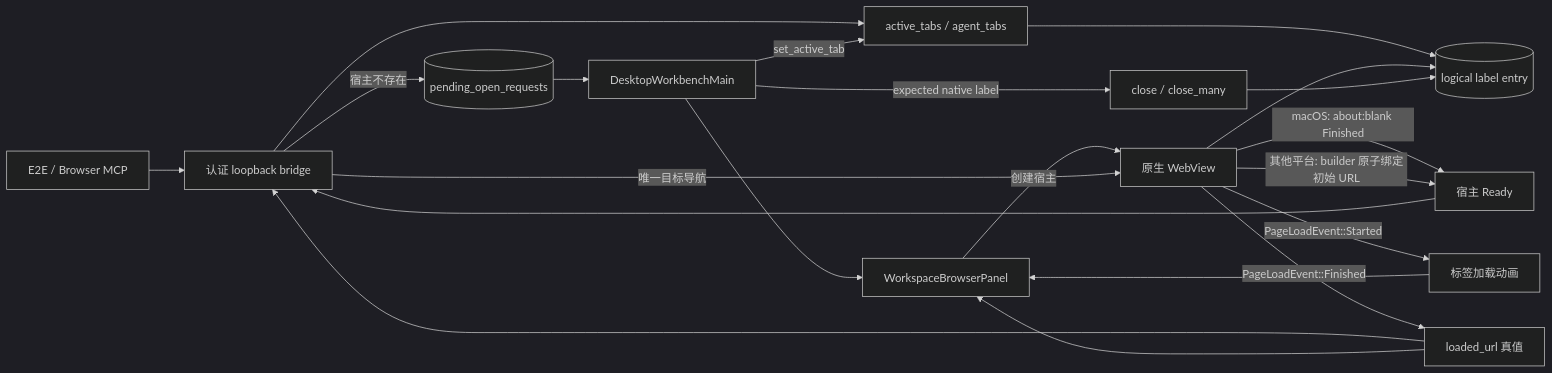
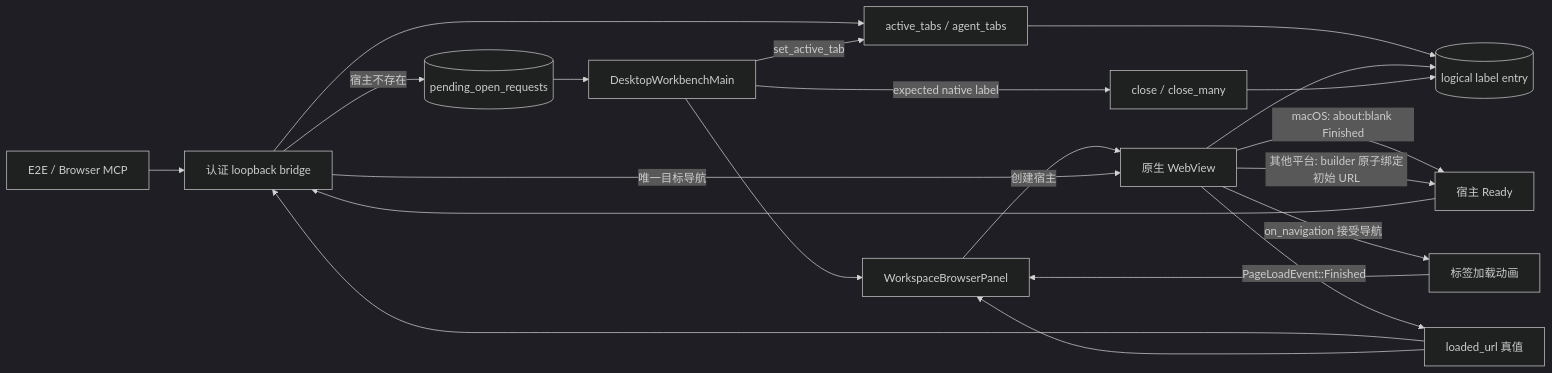
Before and after one commit to wecode-ai/Wegent: the first of 2 diagrams in docs/zh/architecture/embedded-browser.md, drawn with Mermaid (dark theme). The commit also changed other lines of this file and 2 other files, not shown here.

Commit message:
fix(wework): mark browser loading on navigation

````diff
--- a/docs/zh/architecture/embedded-browser.md
+++ b/docs/zh/architecture/embedded-browser.md
@@ -9,23 +9,23 @@
 ```mermaid
 flowchart LR
     CALLER[E2E / Browser MCP] --> BRIDGE[认证 loopback bridge]
     BRIDGE --> ROUTE[active_tabs / agent_tabs]
     ROUTE --> ENTRY[(logical label entry)]
     BRIDGE -->|宿主不存在| PENDING[(pending_open_requests)]
     PENDING --> MAIN[DesktopWorkbenchMain]
     MAIN --> PANEL[WorkspaceBrowserPanel]
     PANEL -->|创建宿主| WEBVIEW[原生 WebView]
     WEBVIEW --> ENTRY
     WEBVIEW -->|macOS: about:blank Finished| READY[宿主 Ready]
     WEBVIEW -->|其他平台: builder 原子绑定初始 URL| READY
     READY --> BRIDGE
     BRIDGE -->|唯一目标导航| WEBVIEW
-    WEBVIEW -->|PageLoadEvent::Started| LOADING[标签加载动画]
+    WEBVIEW -->|on_navigation 接受导航| LOADING[标签加载动画]
     LOADING --> PANEL
     WEBVIEW -->|PageLoadEvent::Finished| LOADED[loaded_url 真值]
     LOADED --> BRIDGE
     LOADED --> PANEL
     MAIN -->|set_active_tab| ROUTE
     MAIN -->|expected native label| CLOSE[close / close_many]
     CLOSE --> ENTRY
 ```
````
